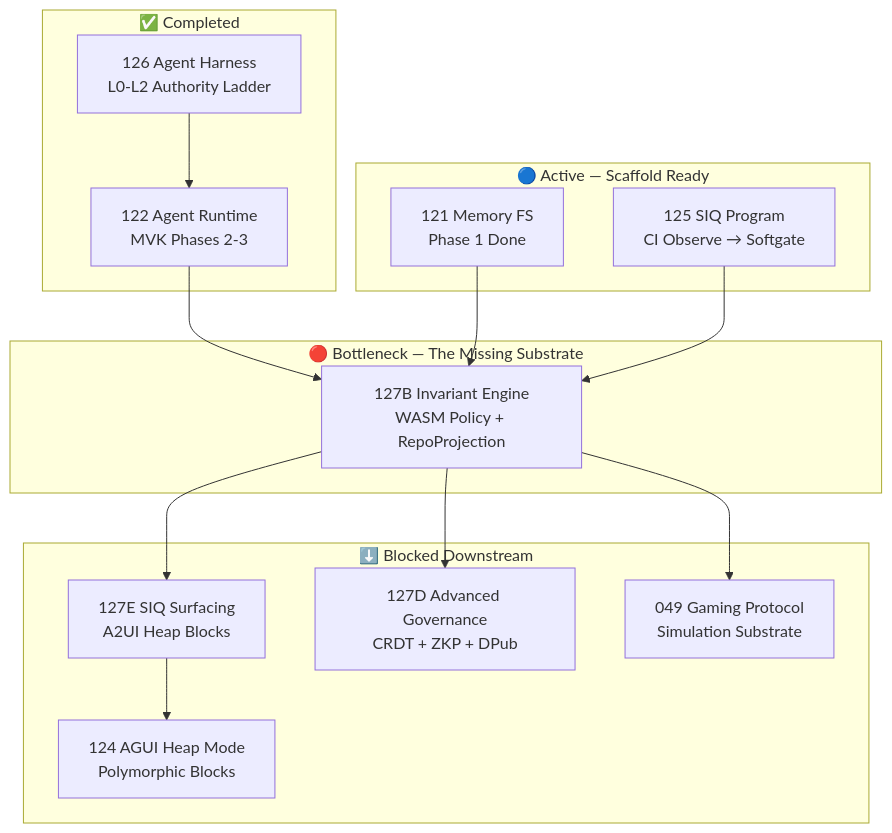
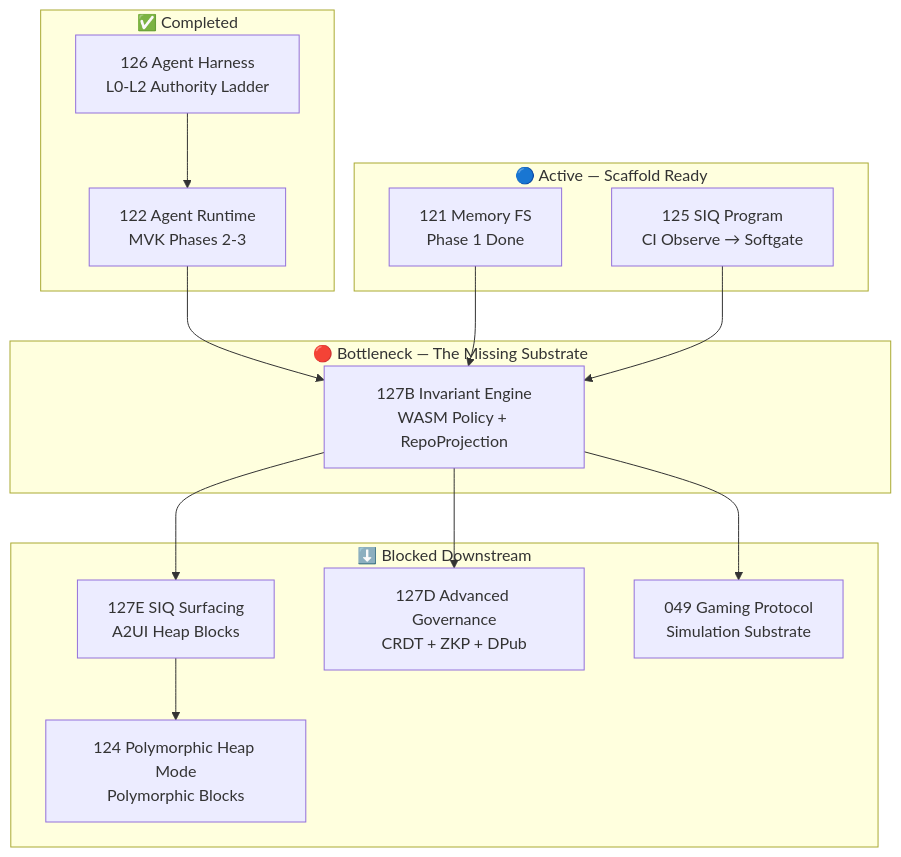
One commit to be-xyza/nostra-cortex changed the first of 2 diagrams in research/127-cortex-native-repo-ingestion/IMPLEMENTATION_ROADMAP_OPENSAGE_ALPHAEVOLVE.md. Above: the diagram before and after it, drawn with Mermaid. The commit also changed other lines of this file and 39 other files, not shown here.

````diff
--- a/research/127-cortex-native-repo-ingestion/IMPLEMENTATION_ROADMAP_OPENSAGE_ALPHAEVOLVE.md
+++ b/research/127-cortex-native-repo-ingestion/IMPLEMENTATION_ROADMAP_OPENSAGE_ALPHAEVOLVE.md
@@ -11,29 +11,29 @@
 ```mermaid
 flowchart TD
     subgraph Completed["✅ Completed"]
         I126["126 Agent Harness<br/>L0-L2 Authority Ladder"]
         I122P23["122 Agent Runtime<br/>MVK Phases 2-3"]
     end
     subgraph Active["🔵 Active — Scaffold Ready"]
         I125["125 SIQ Program<br/>CI Observe → Softgate"]
         I121["121 Memory FS<br/>Phase 1 Done"]
     end
     subgraph Bottleneck["🔴 Bottleneck — The Missing Substrate"]
         I127B["127B Invariant Engine<br/>WASM Policy + RepoProjection"]
     end
     subgraph Downstream["⬇️ Blocked Downstream"]
         I127E["127E SIQ Surfacing<br/>A2UI Heap Blocks"]
         I127D["127D Advanced Governance<br/>CRDT + ZKP + DPub"]
-        I124["124 AGUI Heap Mode<br/>Polymorphic Blocks"]
+        I124["124 Polymorphic Heap Mode<br/>Polymorphic Blocks"]
         I049["049 Gaming Protocol<br/>Simulation Substrate"]
     end
 
     I126 --> I122P23
     I122P23 --> I127B
     I121 --> I127B
     I125 --> I127B
     I127B --> I127E
     I127B --> I127D
     I127E --> I124
     I127B --> I049
 ```
````
